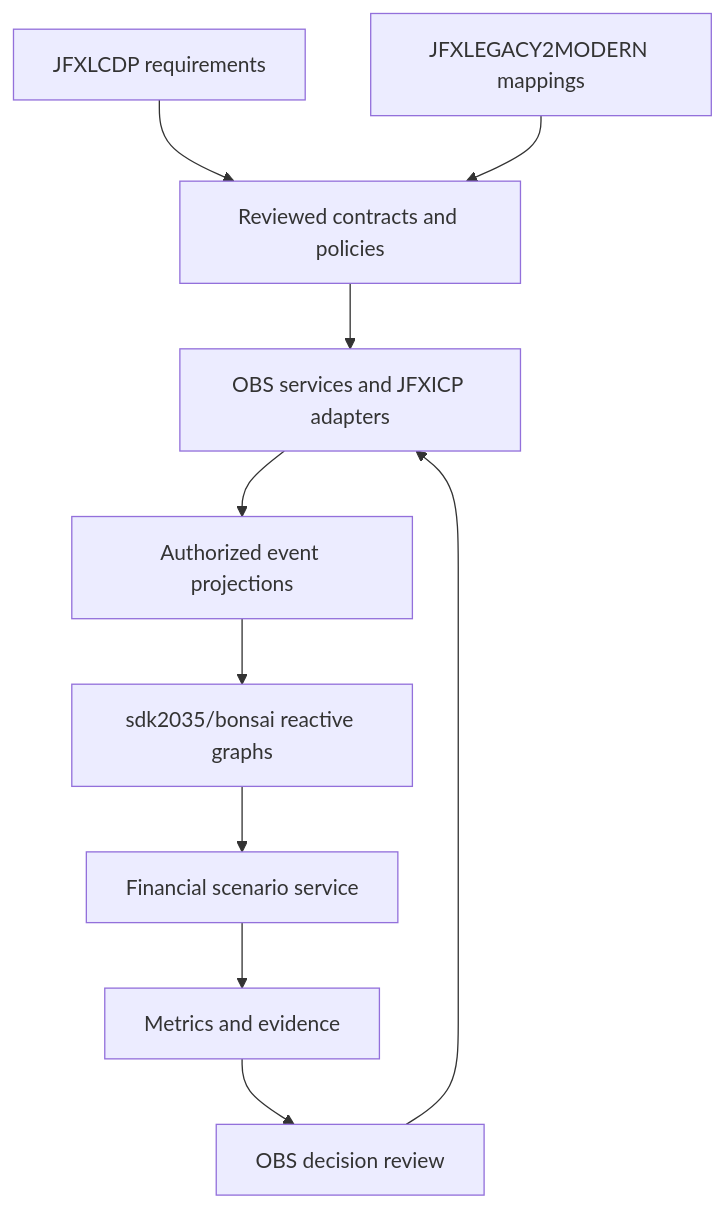
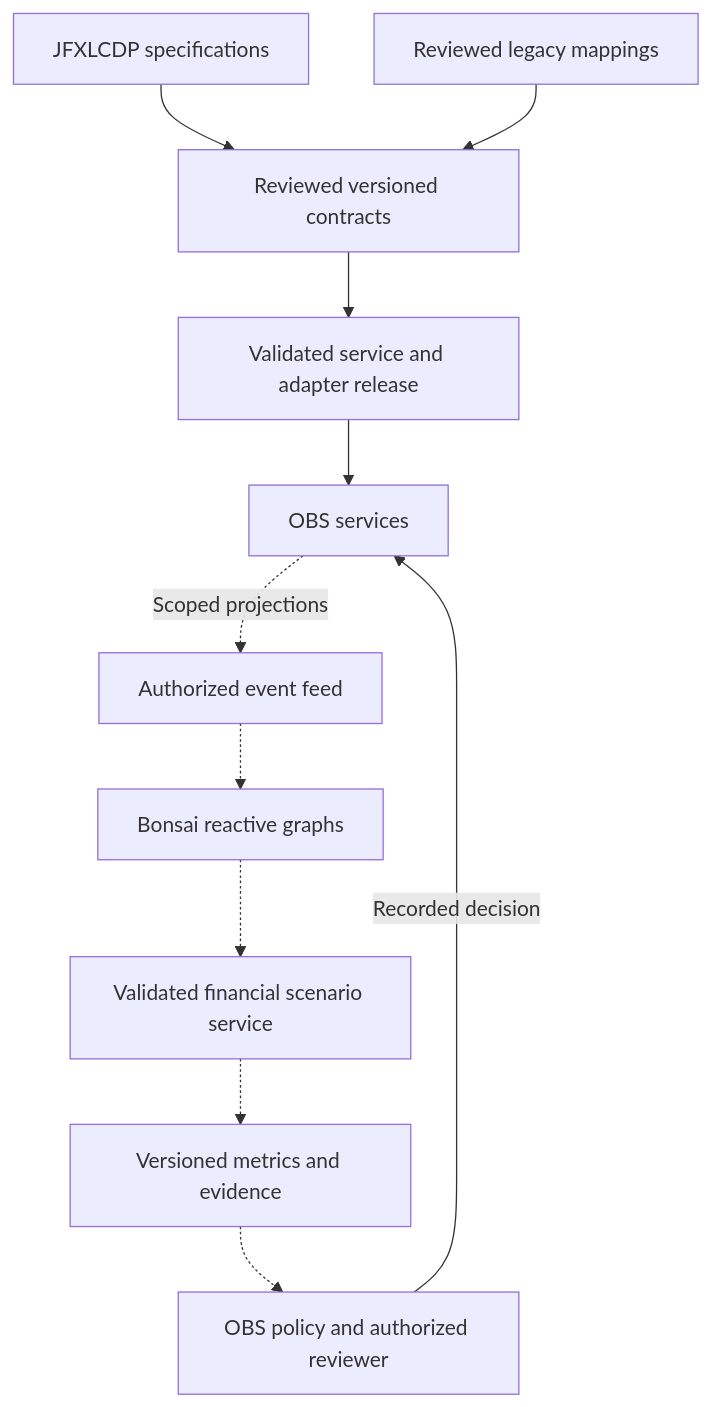
One commit to robotics-intelligent-systems/jfxai4obs changed the seventh of 8 diagrams in README.md. Above: the diagram before and after it, drawn with Mermaid. The commit also changed other lines of this file, not shown here.

Commit message:
docs: refactor Mermaid architecture and prioritize dependency candidates

````diff
--- a/README.md
+++ b/README.md
@@ -1120,12 +1128,13 @@
 ```mermaid
-flowchart TD
-  LCDP["JFXLCDP requirements"] --> REVIEW["Reviewed contracts and policies"]
-  LEG["JFXLEGACY2MODERN mappings"] --> REVIEW
-  REVIEW --> SERVICES["OBS services and JFXICP adapters"]
-  SERVICES --> FEED["Authorized event projections"]
-  FEED --> BON["sdk2035/bonsai reactive graphs"]
-  BON --> SCEN["Financial scenario service"]
-  SCEN --> EVID["Metrics and evidence"]
-  EVID --> DEC["OBS decision review"]
-  DEC --> SERVICES
+flowchart TB
+  LCDP["JFXLCDP specifications"] --> CONTRACT["Reviewed versioned contracts"]
+  LEGACY["Reviewed legacy mappings"] --> CONTRACT
+  CONTRACT --> RELEASE["Validated service and adapter release"]
+  RELEASE --> SERVICES["OBS services"]
+  SERVICES -.->|Scoped projections| FEED["Authorized event feed"]
+  FEED -.-> BONSAI["Bonsai reactive graphs"]
+  BONSAI -.-> SCENARIO["Validated financial scenario service"]
+  SCENARIO -.-> EVIDENCE["Versioned metrics and evidence"]
+  EVIDENCE -.-> REVIEW["OBS policy and authorized reviewer"]
+  REVIEW -->|Recorded decision| SERVICES
 ```
````
